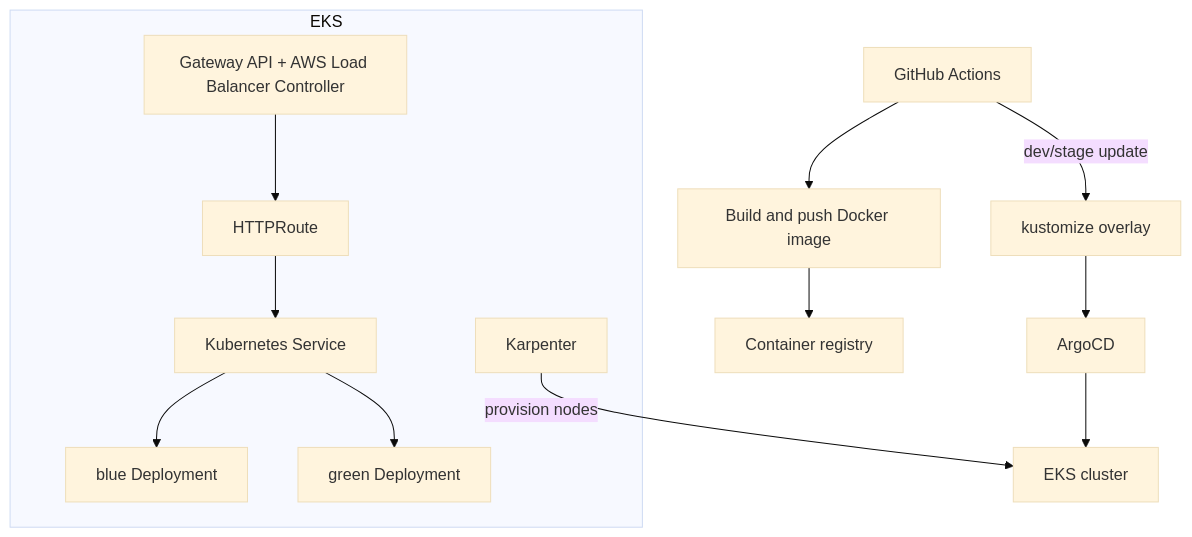
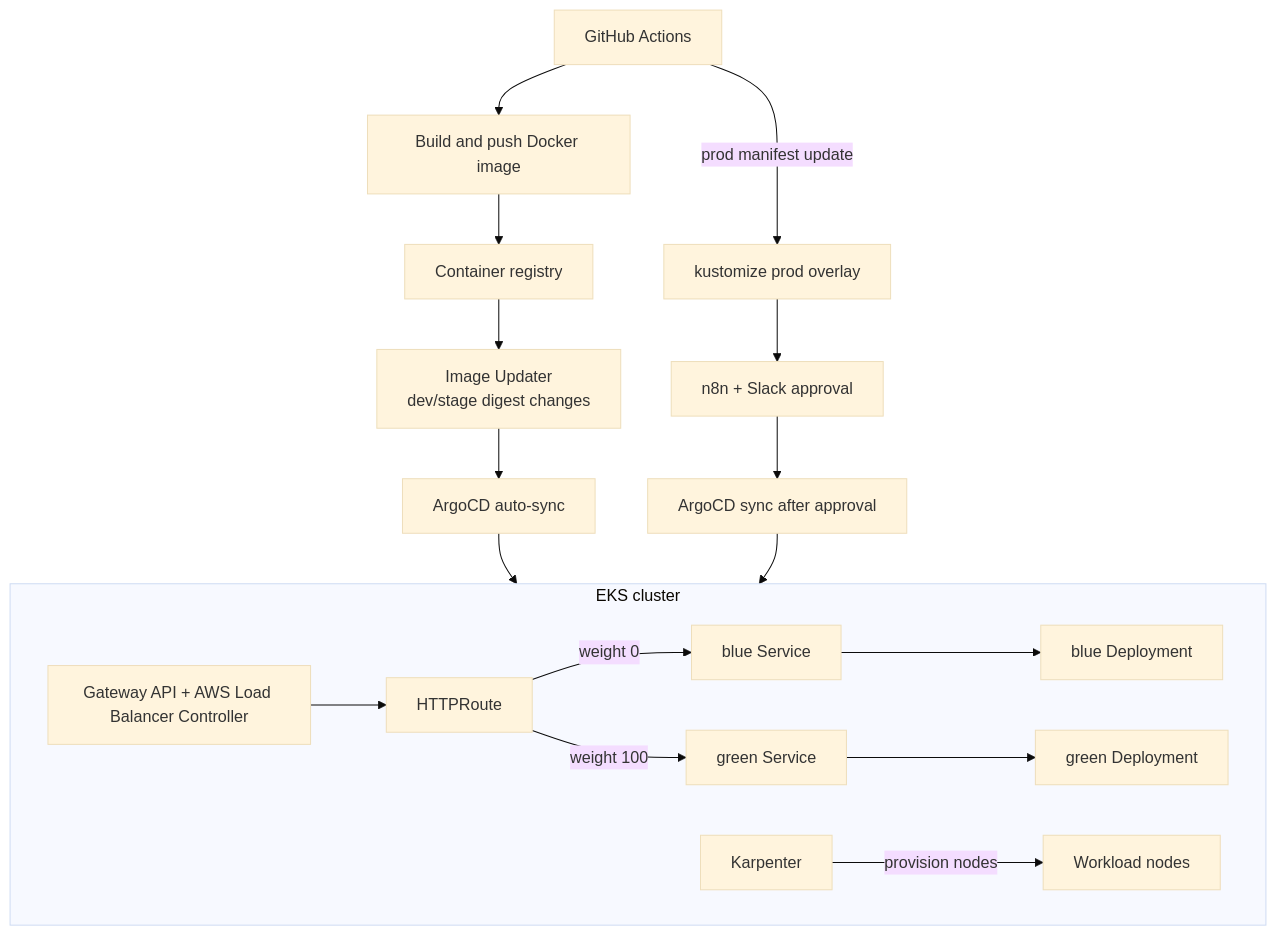
One commit to devy1540/devy1540.github.io changed the first of 2 diagrams in content/posts/en/ecs-to-eks-migration.md. Above: the diagram before and after it, drawn with Mermaid (base theme). The commit also changed other lines of this file and 40 other files, not shown here.

````diff
--- a/content/posts/en/ecs-to-eks-migration.md
+++ b/content/posts/en/ecs-to-eks-migration.md
@@ -54,23 +54,30 @@
 ```mermaid
 flowchart TB
     GH["GitHub Actions"] --> IMG["Build and push Docker image"]
     IMG --> REG["Container registry"]
 
-    GH -->|"dev/stage update"| KUS["kustomize overlay"]
-    KUS --> ARGO["ArgoCD"]
-    ARGO --> EKS["EKS cluster"]
+    REG --> UPDATER["Image Updater<br/>dev/stage digest changes"]
+    UPDATER --> AUTO["ArgoCD auto-sync"]
 
-    subgraph cluster["EKS"]
+    GH -->|"prod manifest update"| KUS["kustomize prod overlay"]
+    KUS --> APPROVAL["n8n + Slack approval"]
+    APPROVAL --> SYNC["ArgoCD sync after approval"]
+    AUTO --> EKS
+    SYNC --> EKS
+
+    subgraph EKS["EKS cluster"]
         GW["Gateway API + AWS Load Balancer Controller"]
         ROUTE["HTTPRoute"]
-        SVC["Kubernetes Service"]
+        BSVC["blue Service"]
+        GSVC["green Service"]
         BLUE["blue Deployment"]
         GREEN["green Deployment"]
         KAR["Karpenter"]
+        NODES["Workload nodes"]
     end
 
-    GW --> ROUTE --> SVC
-    SVC --> BLUE
-    SVC --> GREEN
-    KAR -->|"provision nodes"| EKS
+    GW --> ROUTE
+    ROUTE -->|"weight 0"| BSVC --> BLUE
+    ROUTE -->|"weight 100"| GSVC --> GREEN
+    KAR -->|"provision nodes"| NODES
 ```
````
